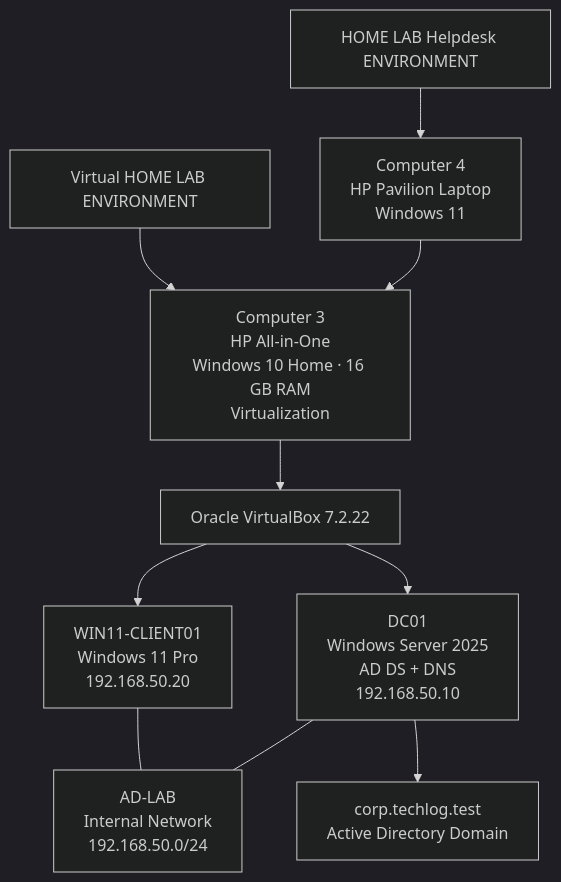
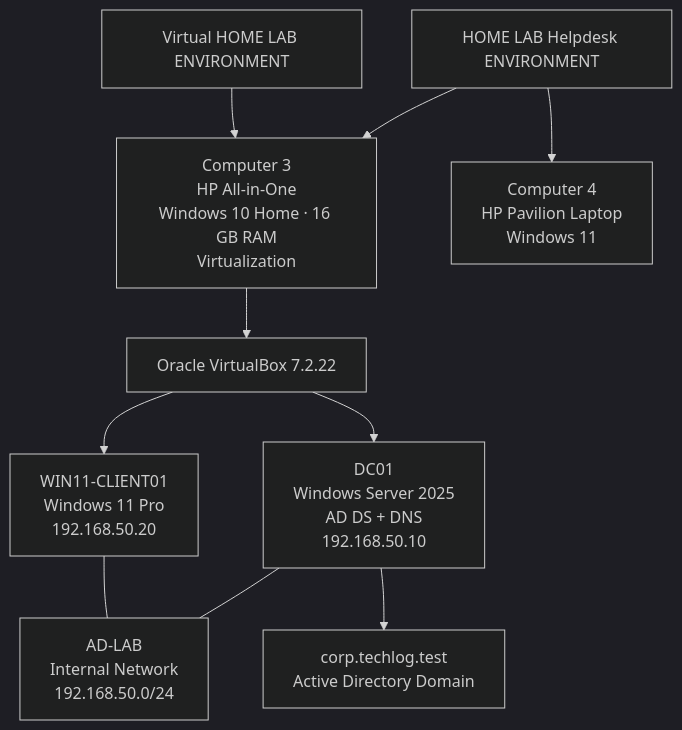
The second of 2 diagrams in PROJECTS/01-lab-environment/lab-environment-overview.md (aang81a/my-it-support-portfolio), drawn with Mermaid (dark theme) before and after one commit.

````diff
--- a/PROJECTS/01-lab-environment/lab-environment-overview.md
+++ b/PROJECTS/01-lab-environment/lab-environment-overview.md
@@ -47,25 +47,25 @@
 ```mermaid
 flowchart TB
     HOME["Virtual HOME LAB ENVIRONMENT"]
     TITLE["HOME LAB Helpdesk ENVIRONMENT"]
 
     C3["Computer 3<br/>HP All-in-One<br/>Windows 10 Home · 16 GB RAM<br/>Virtualization"]
     C4["Computer 4<br/>HP Pavilion Laptop<br/>Windows 11"]
 
     VB["Oracle VirtualBox 7.2.22"]
     CLIENT["WIN11-CLIENT01<br/>Windows 11 Pro<br/>192.168.50.20"]
     SERVER["DC01<br/>Windows Server 2025<br/>AD DS + DNS<br/>192.168.50.10"]
     NETWORK["AD-LAB<br/>Internal Network<br/>192.168.50.0/24"]
     DOMAIN["corp.techlog.test<br/>Active Directory Domain"]
 
     HOME --> C3
     TITLE --> C4
-    C4 --> C3
+    TITLE --> C3
 
     C3 --> VB
     VB --> CLIENT
     VB --> SERVER
     CLIENT --- NETWORK
     SERVER --- NETWORK
     SERVER --> DOMAIN
 ```
````
